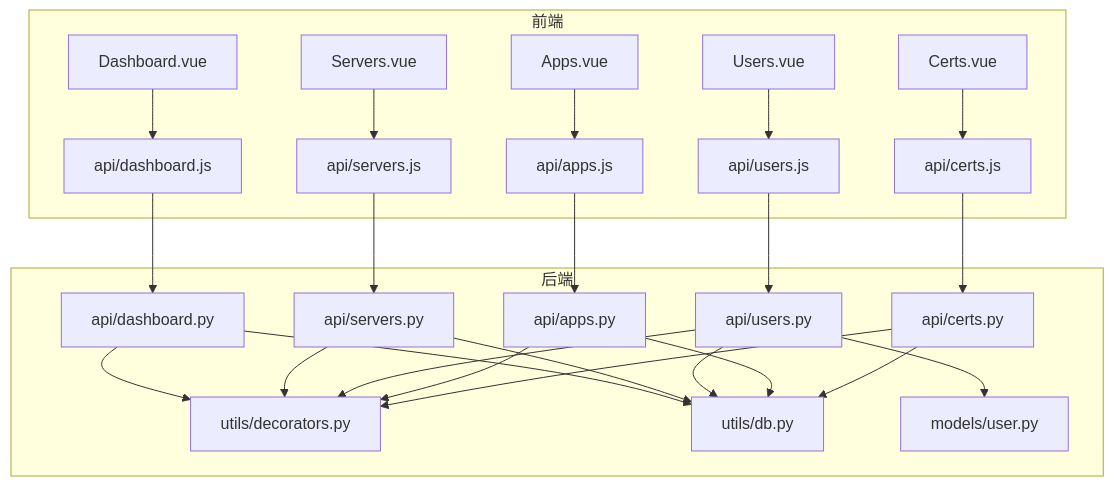
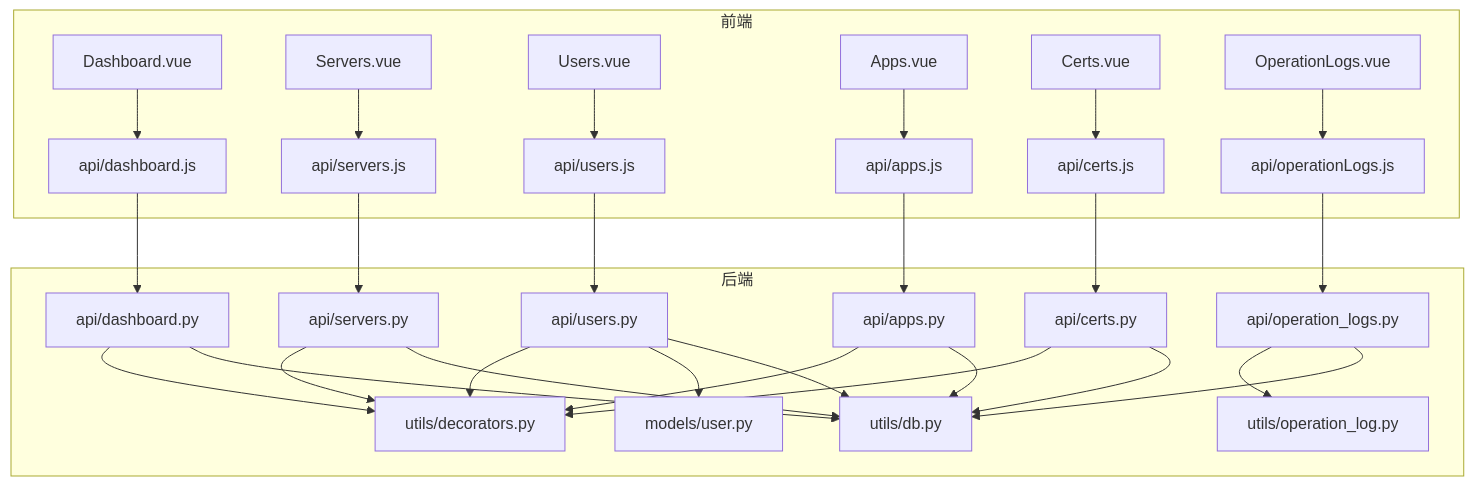
Before and after one commit to ismine3/OPS: the first of 9 diagrams in .qoder/repowiki/zh/content/核心功能模块/核心功能模块.md, drawn with Mermaid. The commit also changed other lines of this file and 39 other files, not shown here.

````diff
--- a/.qoder/repowiki/zh/content/核心功能模块/核心功能模块.md
+++ b/.qoder/repowiki/zh/content/核心功能模块/核心功能模块.md
@@ -50,41 +63,48 @@
 ```mermaid
 graph TB
 subgraph "前端"
 FE_Dash["Dashboard.vue"]
 FE_Servers["Servers.vue"]
 FE_Users["Users.vue"]
 FE_Apps["Apps.vue"]
 FE_Certs["Certs.vue"]
+FE_OpsLogs["OperationLogs.vue"]
 API_Dash["api/dashboard.js"]
 API_Servers["api/servers.js"]
 API_Users["api/users.js"]
 API_Apps["api/apps.js"]
 API_Certs["api/certs.js"]
+API_OpsLogs["api/operationLogs.js"]
 end
 subgraph "后端"
 BP_Dash["api/dashboard.py"]
 BP_Servers["api/servers.py"]
 BP_Users["api/users.py"]
 BP_Apps["api/apps.py"]
 BP_Certs["api/certs.py"]
+BP_OpsLogs["api/operation_logs.py"]
 DEC["utils/decorators.py"]
 DB["utils/db.py"]
+OPS_LOG_UTIL["utils/operation_log.py"]
 MODEL_User["models/user.py"]
 end
 FE_Dash --> API_Dash --> BP_Dash
 FE_Servers --> API_Servers --> BP_Servers
 FE_Users --> API_Users --> BP_Users
 FE_Apps --> API_Apps --> BP_Apps
 FE_Certs --> API_Certs --> BP_Certs
+FE_OpsLogs --> API_OpsLogs --> BP_OpsLogs
 BP_Dash --> DB
 BP_Servers --> DB
 BP_Users --> DB
 BP_Apps --> DB
 BP_Certs --> DB
+BP_OpsLogs --> DB
+BP_OpsLogs --> OPS_LOG_UTIL
 BP_Users --> MODEL_User
 BP_Dash --> DEC
 BP_Servers --> DEC
 BP_Users --> DEC
 BP_Apps --> DEC
 BP_Certs --> DEC
 ```
````
